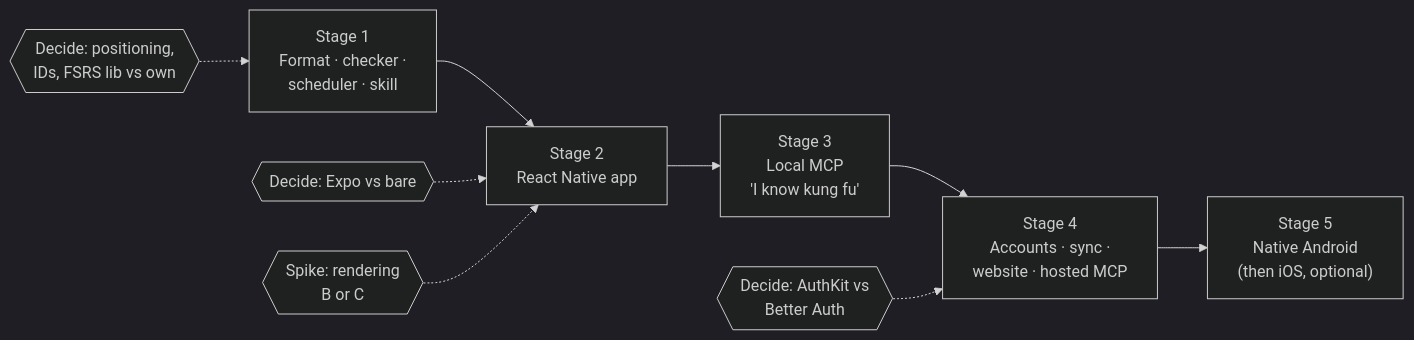
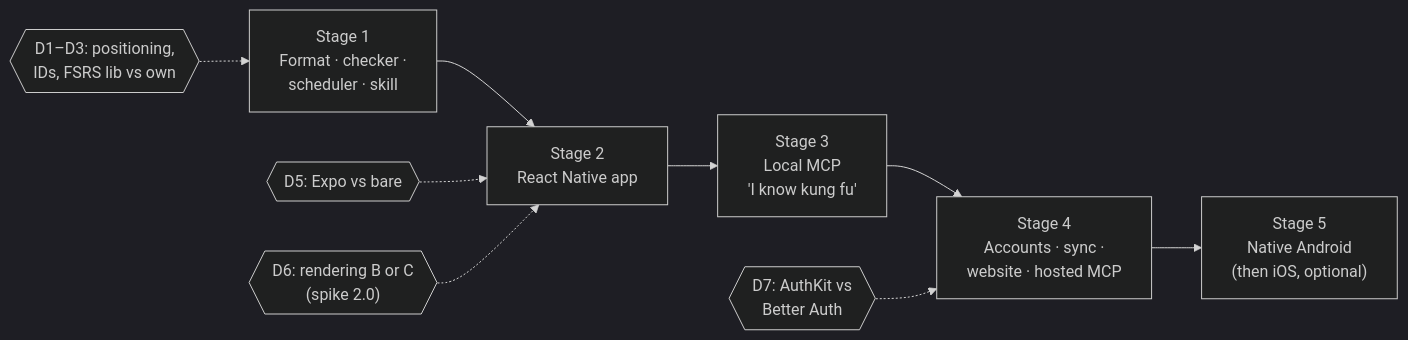
One commit to cameronvoell/uplink changed the diagram in plans/09-roadmap.md. Above: the diagram before and after it, drawn with Mermaid (dark theme). The commit also changed other lines of this file and 2 other files, not shown here.

````diff
--- a/plans/09-roadmap.md
+++ b/plans/09-roadmap.md
@@ -46,11 +48,11 @@
 ```mermaid
 flowchart LR
   S1["Stage 1<br/>Format · checker ·<br/>scheduler · skill"] --> S2["Stage 2<br/>React Native app"]
   S2 --> S3["Stage 3<br/>Local MCP<br/>'I know kung fu'"]
   S3 --> S4["Stage 4<br/>Accounts · sync ·<br/>website · hosted MCP"]
   S4 --> S5["Stage 5<br/>Native Android<br/>(then iOS, optional)"]
-  D1{{"Decide: positioning,<br/>IDs, FSRS lib vs own"}} -.-> S1
-  D2{{"Decide: Expo vs bare"}} -.-> S2
-  SP2{{"Spike: rendering<br/>B or C"}} -.-> S2
-  D4{{"Decide: AuthKit vs<br/>Better Auth"}} -.-> S4
+  D13{{"D1–D3: positioning,<br/>IDs, FSRS lib vs own"}} -.-> S1
+  D5{{"D5: Expo vs bare"}} -.-> S2
+  D6{{"D6: rendering B or C<br/>(spike 2.0)"}} -.-> S2
+  D7{{"D7: AuthKit vs<br/>Better Auth"}} -.-> S4
 ```
````
